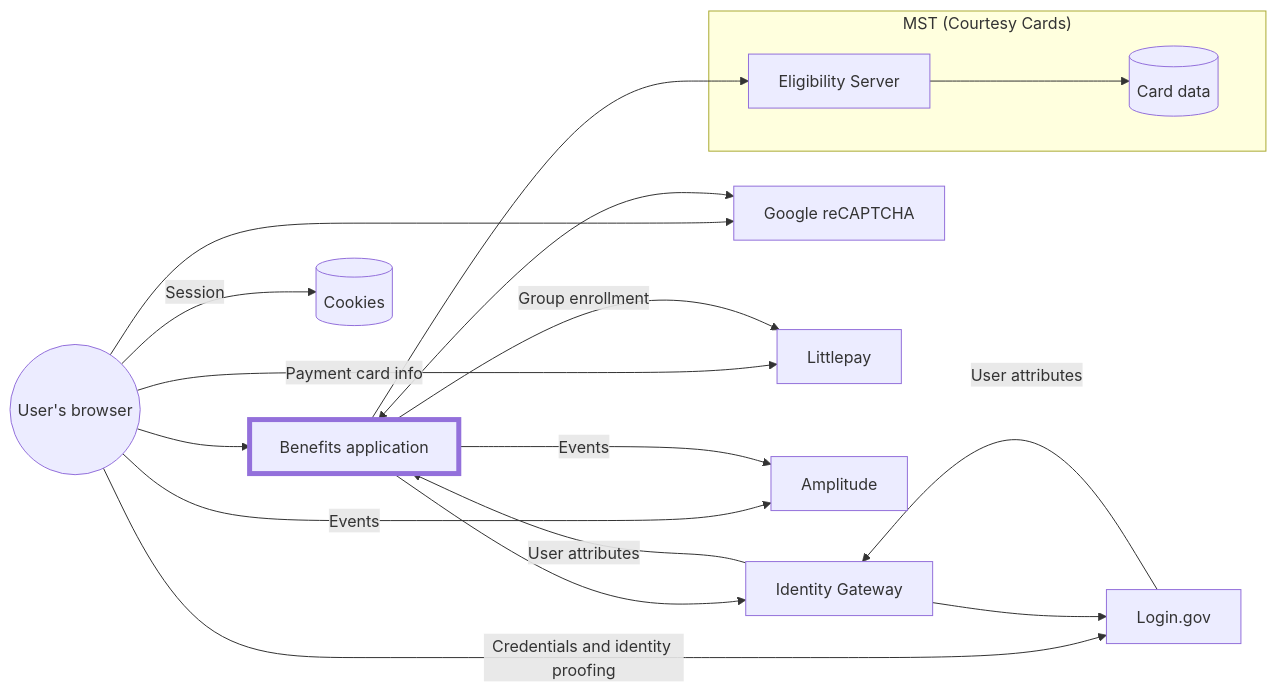
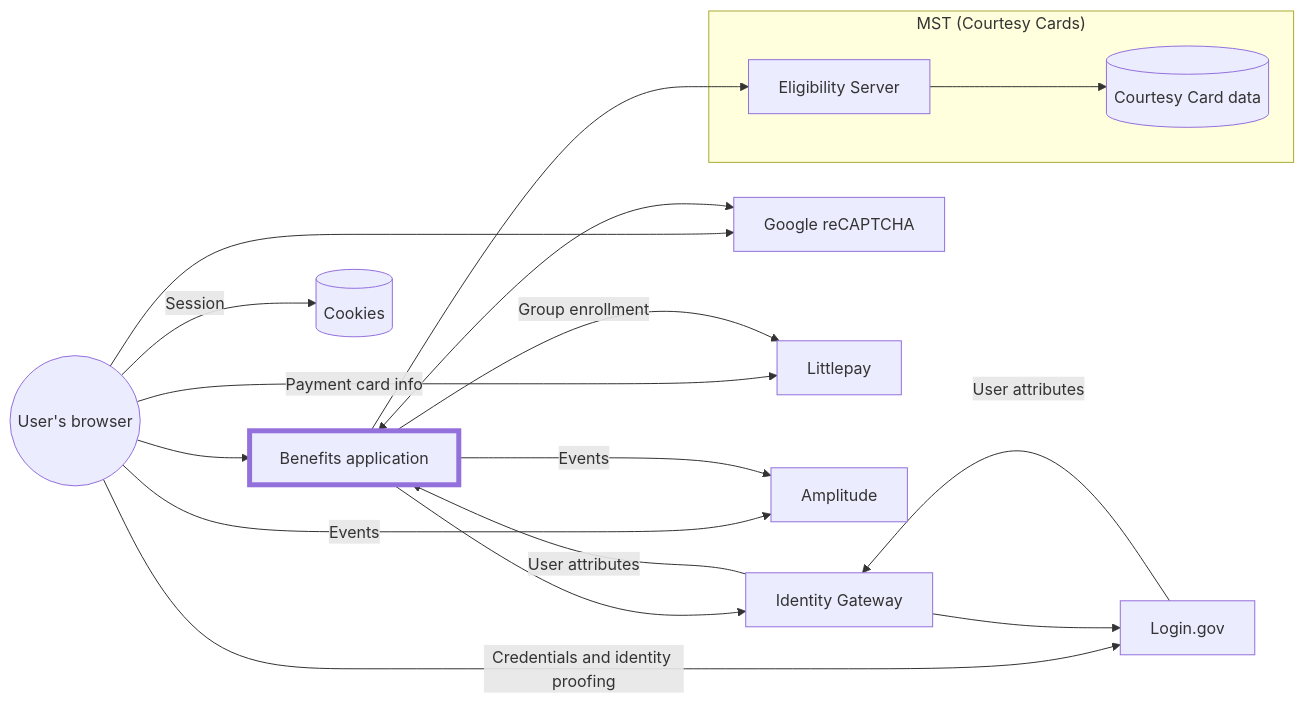
The first of 2 diagrams in docs/deployment/infrastructure.md (cal-itp/benefits), drawn with Mermaid before and after one commit.

Commit message:
fix(docs): clarify we are referring to Courtesy Cards

````diff
--- a/docs/deployment/infrastructure.md
+++ b/docs/deployment/infrastructure.md
@@ -9,36 +9,36 @@
 ```mermaid
 flowchart LR
     %% DMV integration is currently disabled, hence the lines commented out below
 
     %% dmv[DMV Eligibility Verification API]
     benefits[Benefits application]
     style benefits stroke-width:5px
     recaptcha[Google reCAPTCHA]
     rider((User's browser))
     idg[Identity Gateway]
     mst_elig[Eligibility Server]
-    cc_data[(Card data)]
+    cc_data[(Courtesy Card data)]
     cookies[(Cookies)]
 
     rider --> benefits
     rider -->|Credentials and identity proofing| Login.gov
     rider --> recaptcha
     rider -->|Payment card info| Littlepay
     rider -->|Events| Amplitude
     rider -->|Session| cookies
 
     benefits --> idg
     benefits <--> recaptcha
     %% benefits --> dmv
     benefits -->|Events| Amplitude
     benefits -->|Group enrollment| Littlepay
     benefits --> mst_elig
 
     subgraph "MST (Courtesy Cards)"
     mst_elig --> cc_data
     end
 
     idg --> Login.gov
     Login.gov -->|User attributes| idg
     idg -->|User attributes| benefits
 ```
````
